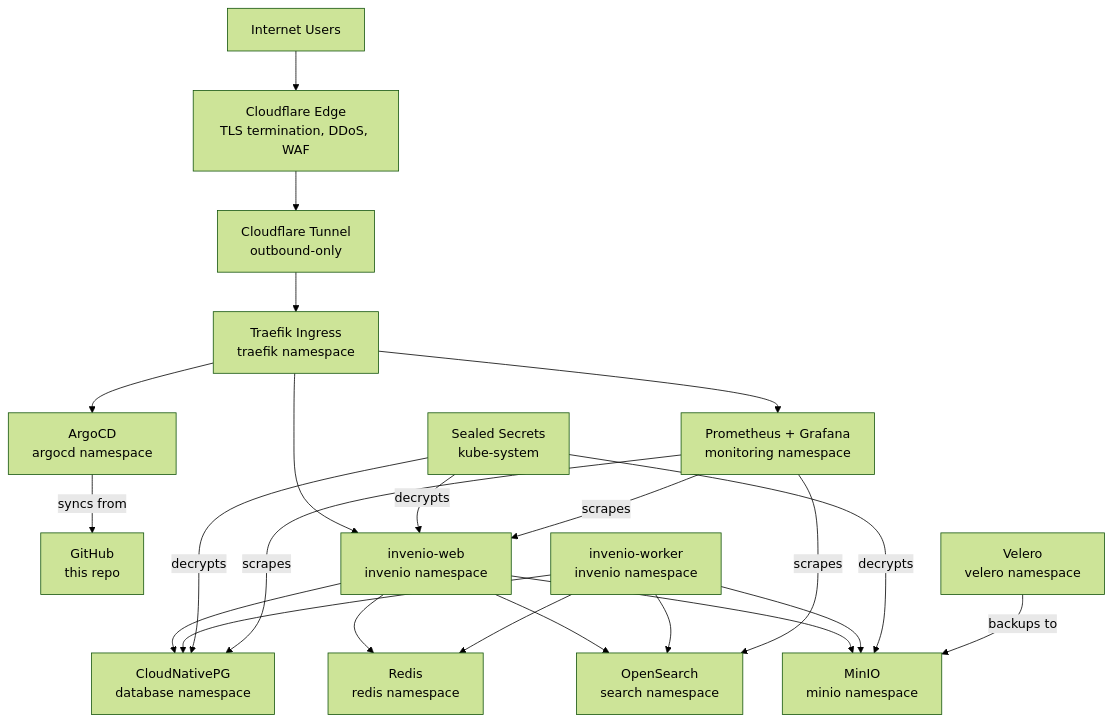
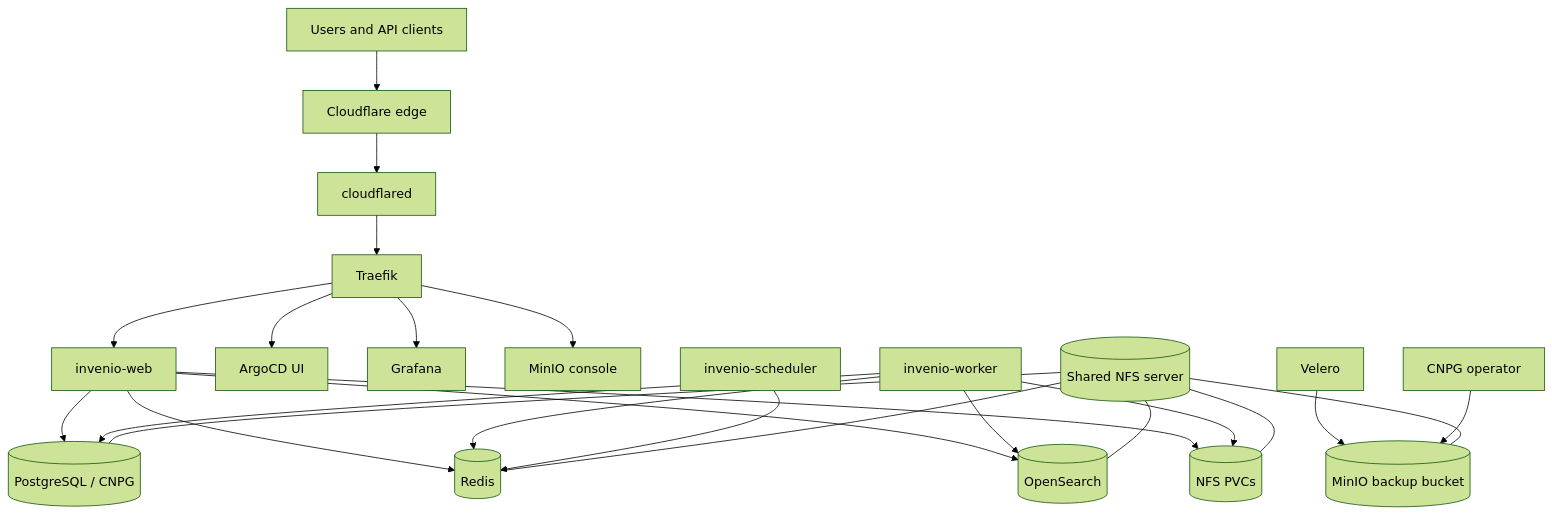
The first of 2 diagrams in README.md (vityasyyy/invenio-rdm-gitops), drawn with Mermaid (forest theme) before and after one commit. The commit also changed other lines of this file and 1 other file, not shown here.

First line of the commit message:
docs(architecture): align deployment overview and explain repository structure (#164)

````diff
--- a/README.md
+++ b/README.md
@@ -10,43 +18,29 @@
 ```mermaid
-graph TB
-    INTERNET[Internet Users]
-    CF[Cloudflare Edge<br/>TLS termination, DDoS, WAF]
-    TUNNEL[Cloudflare Tunnel<br/>outbound-only]
-    TRAEFIK[Traefik Ingress<br/>traefik namespace]
-    ARGOCD[ArgoCD<br/>argocd namespace]
-    GIT[GitHub<br/>this repo]
+flowchart TD
+    Users[Users and API clients] --> CF[Cloudflare edge]
+    CF --> Tunnel[cloudflared]
+    Tunnel --> Traefik[Traefik]
+    Traefik --> Web[invenio-web]
+    Traefik --> ArgoUI[ArgoCD UI]
+    Traefik --> Grafana[Grafana]
+    Traefik --> MinIOUI[MinIO console]
 
-    WEB[invenio-web<br/>invenio namespace]
-    WORKER[invenio-worker<br/>invenio namespace]
-    PG[CloudNativePG<br/>database namespace]
-    REDIS[Redis<br/>redis namespace]
-    OPENSEARCH[OpenSearch<br/>search namespace]
-    MINIO[MinIO<br/>minio namespace]
-    PROM[Prometheus + Grafana<br/>monitoring namespace]
-    VELERO[Velero<br/>velero namespace]
-    SEALED[Sealed Secrets<br/>kube-system]
+    Web --> PG[(PostgreSQL / CNPG)]
+    Web --> Redis[(Redis)]
+    Web --> Search[(OpenSearch)]
+    Web --> Files[(NFS PVCs)]
+    Worker[invenio-worker] --> PG
+    Worker --> Redis
+    Worker --> Search
+    Worker --> Files
+    Beat[invenio-scheduler] --> Redis
 
-    INTERNET --> CF --> TUNNEL --> TRAEFIK
-    TRAEFIK --> ARGOCD
-    TRAEFIK --> WEB
-    TRAEFIK --> PROM
-    ARGOCD -->|syncs from| GIT
+    Velero[Velero] --> BackupStore[(MinIO backup bucket)]
+    CNPG[CNPG operator] --> BackupStore
 
-    WEB --> PG
-    WEB --> REDIS
-    WEB --> OPENSEARCH
-    WEB --> MINIO
-    WORKER --> PG
-    WORKER --> REDIS
-    WORKER --> OPENSEARCH
-    WORKER --> MINIO
-
-    SEALED -->|decrypts| PG
-    SEALED -->|decrypts| MINIO
-    SEALED -->|decrypts| WEB
-
-    VELERO -->|backups to| MINIO
-    PROM -->|scrapes| WEB
-    PROM -->|scrapes| PG
-    PROM -->|scrapes| OPENSEARCH
+    NFS[(Shared NFS server)] --- Files
+    NFS --- PG
+    NFS --- Redis
+    NFS --- Search
+    NFS --- BackupStore
 ```
````
